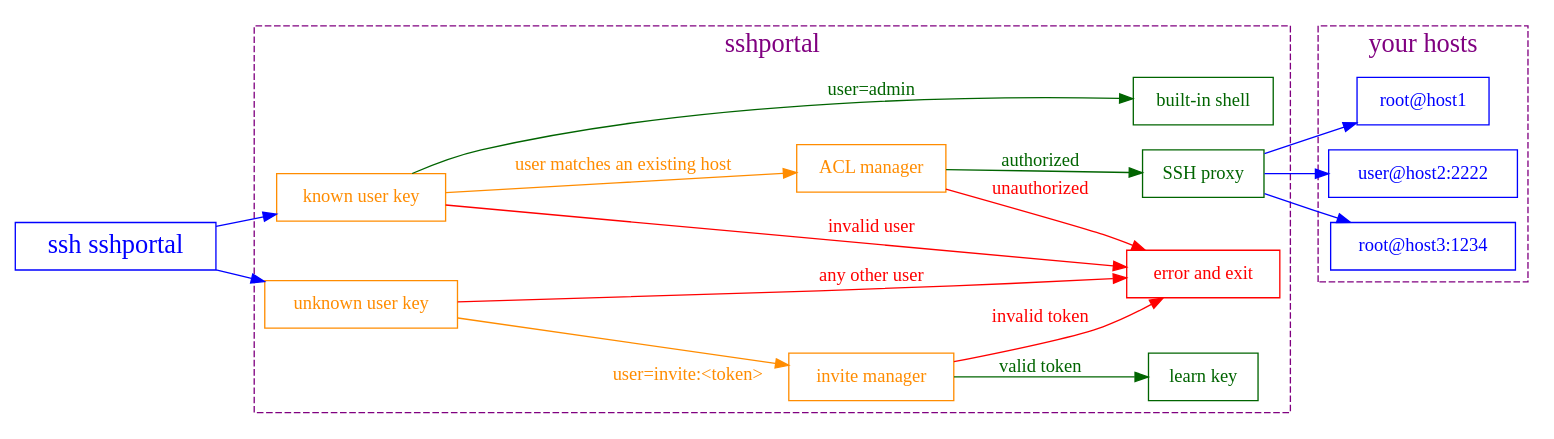
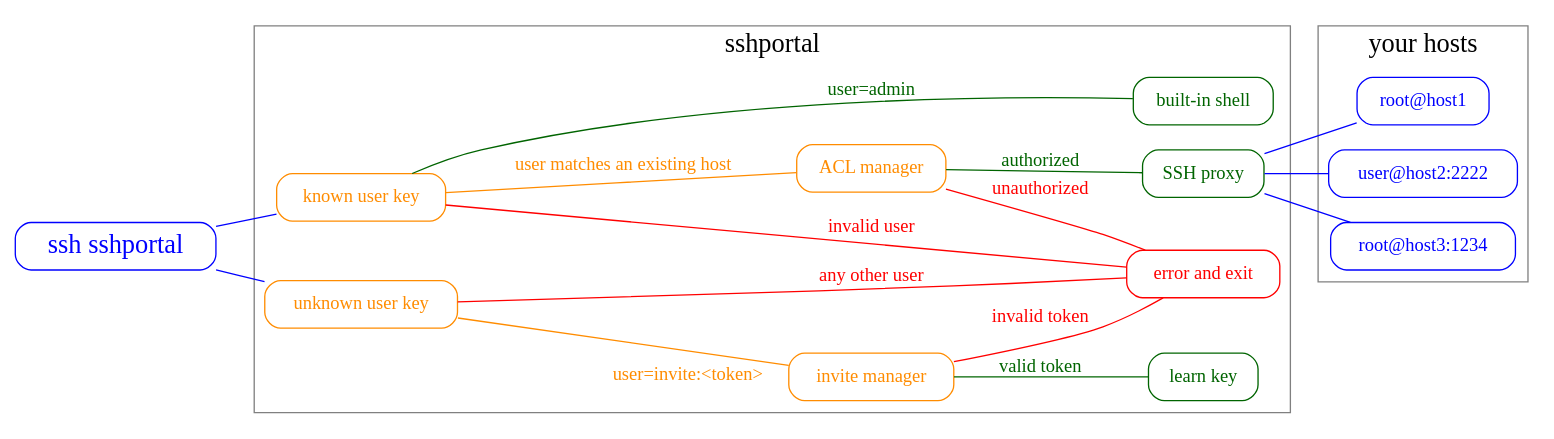
One commit to moul/sshportal changed the diagram in .assets/flow-diagram.dot. Above: the diagram before and after it, drawn with Graphviz. The commit also changed 1 other file, not shown here.

Commit message:
chore: update flow diagram style

```diff
--- a/.assets/flow-diagram.dot
+++ b/.assets/flow-diagram.dot
@@ -1,65 +1,66 @@
 digraph {
     rankdir=LR;
     layout=dot;
-    node[shape=record];
-    
+    node[shape=record;style=rounded];
+    edge[arrowhead=none];
+
     start[label="ssh sshportal";color=blue;fontcolor=blue;fontsize=20];
-    
+
     subgraph cluster_sshportal {
-        graph[fontsize=20;style=dashed;color=purple;fontcolor=purple];
+        graph[fontsize=20;color=gray;fontcolor=black];
         label="sshportal";
         {
             node[color=darkorange;fontcolor=darkorange];
             known_user_key[label="known user key"];
             unknown_user_key[label="unknown user key"];
             invite_manager[label="invite manager"];
             acl_manager[label="ACL manager"];
         }
         {
             node[color=darkgreen;fontcolor=darkgreen];
             builtin_shell[label="built-in shell"];
             ssh_proxy[label="SSH proxy"];
             learn_key[label="learn key"];
         }
         err_and_exit[label="error and exit";color=red;fontcolor=red];
         { rank=same; ssh_proxy; builtin_shell; learn_key; err_and_exit; }
         { rank=same; known_user_key; unknown_user_key; }
     }
-    
+
     subgraph cluster_hosts {
         label="your hosts";
-        graph[fontsize=20;style=dashed;color=purple;fontcolor=purple];
+        graph[fontsize=20;color=gray;fontcolor=black];
         node[color=blue;fontcolor=blue];
-        
+
         host_1[label="root@host1"];
         host_2[label="user@host2:2222"];
         host_3[label="root@host3:1234"];
     }
-    
+
     {
         edge[color=blue];
         start -> known_user_key;
         start -> unknown_user_key;
         ssh_proxy -> host_1;
         ssh_proxy -> host_2;
         ssh_proxy -> host_3;
     }
     {
         edge[color=darkgreen;fontcolor=darkgreen];
         known_user_key -> builtin_shell[label="user=admin"];
         acl_manager -> ssh_proxy[label="authorized"];
         invite_manager -> learn_key[label="valid token"];
     }
     {
         edge[color=darkorange;fontcolor=darkorange];
         known_user_key -> acl_manager[label="user matches an existing host"];
         unknown_user_key -> invite_manager[headlabel="user=invite:<token>"];
     }
     {
         edge[color=red;fontcolor=red];
         known_user_key -> err_and_exit[label="invalid user"];
         acl_manager -> err_and_exit[label="unauthorized"];
         unknown_user_key -> err_and_exit[label="any other user"];
         invite_manager -> err_and_exit[label="invalid token"];
     }
 }
```
